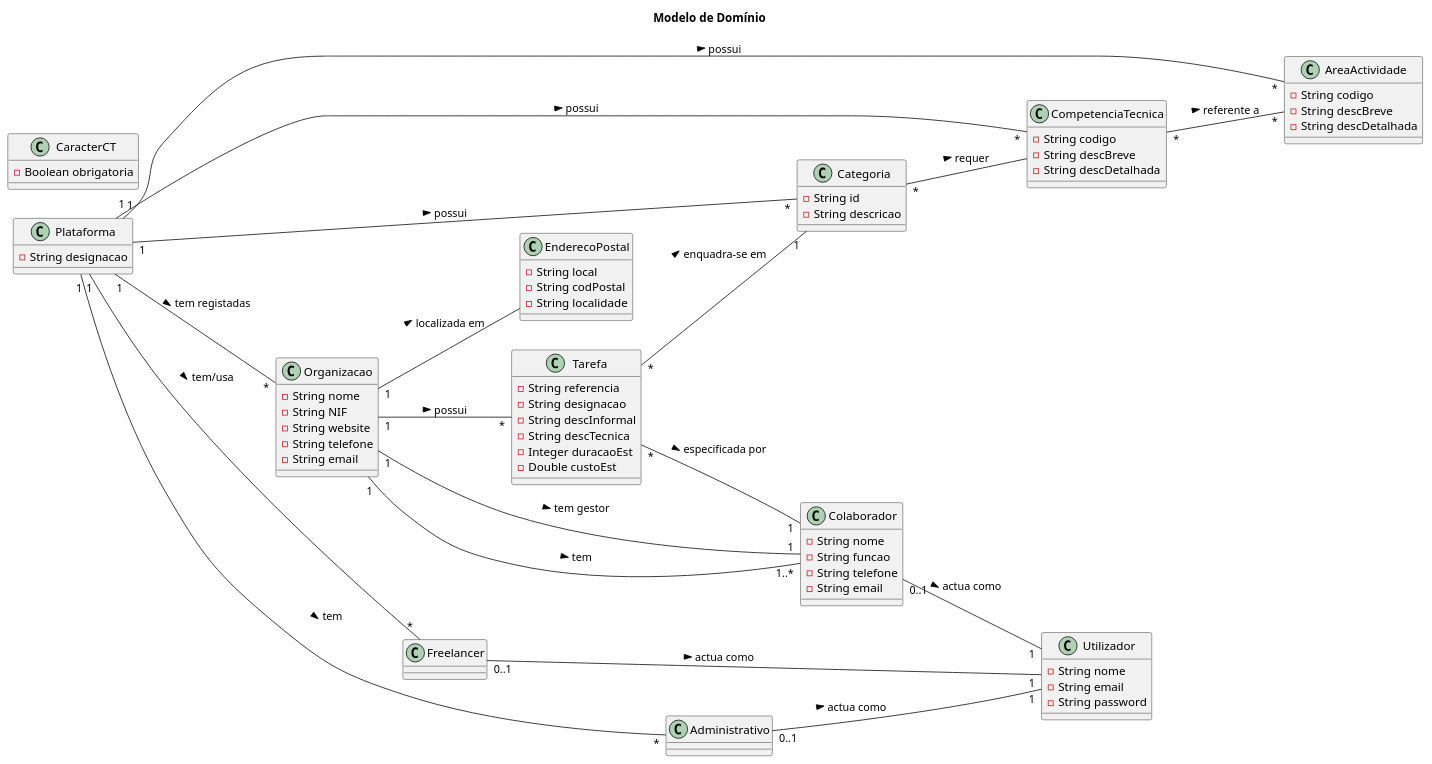
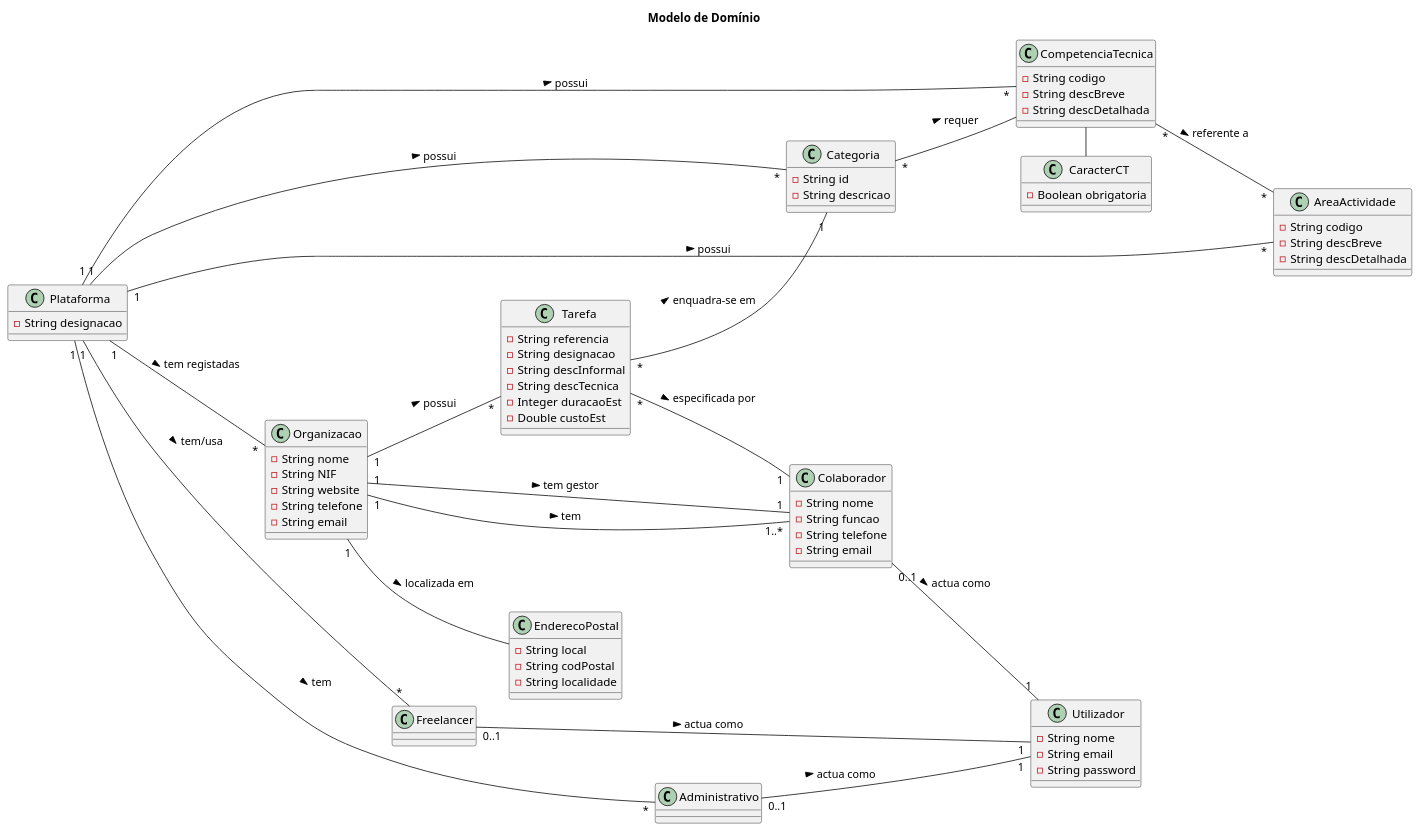
One commit to blestonbandeiraUPSKILL/upskill_java1_labprg_grupo2 changed the diagram in Sprint 2/Modelo_Dominio.puml. Above: the diagram before and after it, drawn with PlantUML.

Commit message:
modelo domínio update/final

```diff
--- a/Sprint 2/Modelo_Dominio.puml
+++ b/Sprint 2/Modelo_Dominio.puml
@@ -1,93 +1,94 @@
 @startuml
 title Modelo de Domínio
 
 left to right direction
 class Plataforma {
     -String designacao
 }
 
 class AreaActividade {
     -String codigo
     -String descBreve
     -String descDetalhada
 }
 
 class CompetenciaTecnica {
     -String codigo
     -String descBreve
     -String descDetalhada
 }
 
 class Organizacao {
     -String nome
     -String NIF
     -String website
     -String telefone
     -String email
 }
 
 class Tarefa {
     -String referencia
     -String designacao
     -String descInformal
     -String descTecnica
     -Integer duracaoEst
     -Double custoEst
 }
 
 class CaracterCT {
     -Boolean obrigatoria
 }
 
 class Categoria {
     -String id
     -String descricao 
 }
 
 class Colaborador {
     -String nome
     -String funcao
     -String telefone
     -String email
 }
 
 class EnderecoPostal {
     -String local
     -String codPostal
     -String localidade
 }
 
 class Freelancer {
 
 }
 
 class Administrativo {
 
 }
 
 class Utilizador {
     -String nome
     -String email
     -String password
 }
 
 Plataforma"1" -- "*"Organizacao: tem registadas >
 Plataforma"1" -- "*"Freelancer: tem/usa >
 Plataforma"1" -- "*"Administrativo: tem >
 Plataforma"1" -- "*"AreaActividade: possui >
 Plataforma"1" -- "*"CompetenciaTecnica: possui >
 Plataforma"1" -- "*"Categoria: possui >
 Tarefa"*" -- "1"Categoria: enquadra-se em >
 Tarefa"*" -- "1"Colaborador: especificada por >
 CompetenciaTecnica"*" -- "*"AreaActividade: referente a >
 Organizacao"1" -- "*"Tarefa: possui >
 Organizacao"1" -- EnderecoPostal: localizada em >
 Organizacao"1" -- "1"Colaborador: tem gestor >
 Organizacao"1" -- "1..*"Colaborador: tem >
 Freelancer"0..1" -- "1"Utilizador: actua como >
 Administrativo"0..1" -- "1"Utilizador: actua como >
 Colaborador"0..1" -- "1"Utilizador: actua como >
 Categoria"*" -- CompetenciaTecnica: requer >
+CompetenciaTecnica - CaracterCT
 
 
 @enduml
```
